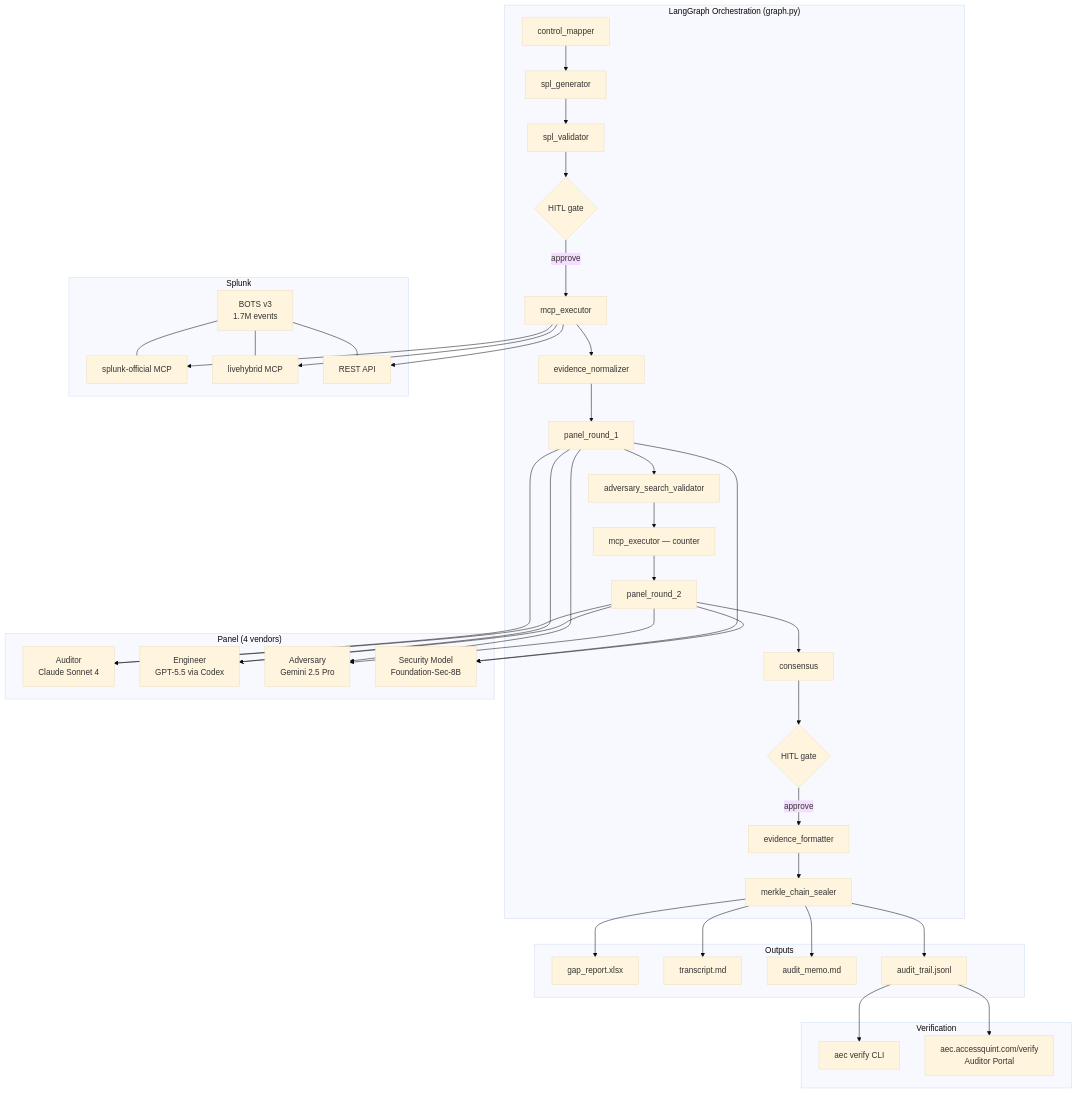
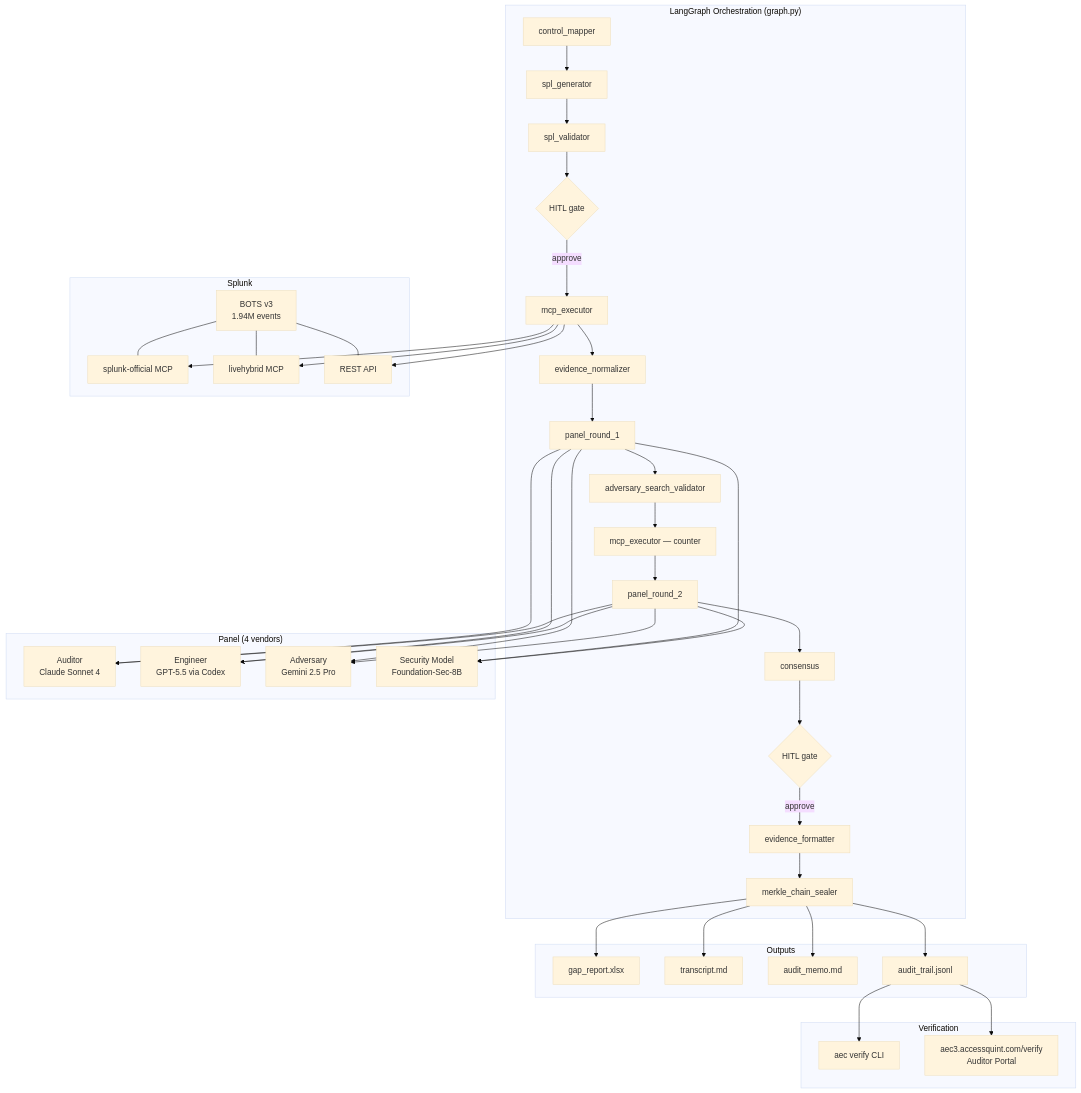
One commit to sandhipveera/audit-evidence-compiler changed the diagram in README.md. Above: the diagram before and after it, drawn with Mermaid (base theme). The commit also changed other lines of this file and 10 other files, not shown here.

First line of the commit message:
docs: submission-readiness — full Apache-2.0 LICENSE, root architecture_diagram, live-URL + 1.94M fixes

````diff
--- a/README.md
+++ b/README.md
@@ -165,50 +165,50 @@
 ```mermaid
 graph TD
     subgraph "LangGraph Orchestration (graph.py)"
       N1[control_mapper] --> N2[spl_generator]
       N2 --> N3[spl_validator]
       N3 --> N4{HITL gate}
       N4 -->|approve| N5[mcp_executor]
       N5 --> N6[evidence_normalizer]
       N6 --> N7[panel_round_1]
       N7 --> N8[adversary_search_validator]
       N8 --> N9[mcp_executor — counter]
       N9 --> N10[panel_round_2]
       N10 --> N11[consensus]
       N11 --> N12{HITL gate}
       N12 -->|approve| N13[evidence_formatter]
       N13 --> N14[merkle_chain_sealer]
     end
 
     subgraph "Splunk"
-      S1[BOTS v3<br/>1.7M events]
+      S1[BOTS v3<br/>1.94M events]
       S2[splunk-official MCP]
       S3[livehybrid MCP]
       S4[REST API]
     end
 
     subgraph "Panel (4 vendors)"
       P1[Auditor<br/>Claude Sonnet 4]
       P2[Engineer<br/>GPT-5.5 via Codex]
       P3[Adversary<br/>Gemini 2.5 Pro]
       P4[Security Model<br/>Foundation-Sec-8B]
     end
 
     subgraph "Outputs"
       O1[gap_report.xlsx]
       O2[transcript.md]
       O3[audit_memo.md]
       O4[audit_trail.jsonl]
     end
 
     subgraph "Verification"
       V1[aec verify CLI]
-      V2[aec.accessquint.com/verify<br/>Auditor Portal]
+      V2[aec3.accessquint.com/verify<br/>Auditor Portal]
     end
 
     N5 --> S2 & S3 & S4
     S1 --- S2 & S3 & S4
     N7 & N10 --> P1 & P2 & P3 & P4
     N14 --> O1 & O2 & O3 & O4
     O4 --> V1 & V2
 ```
````
